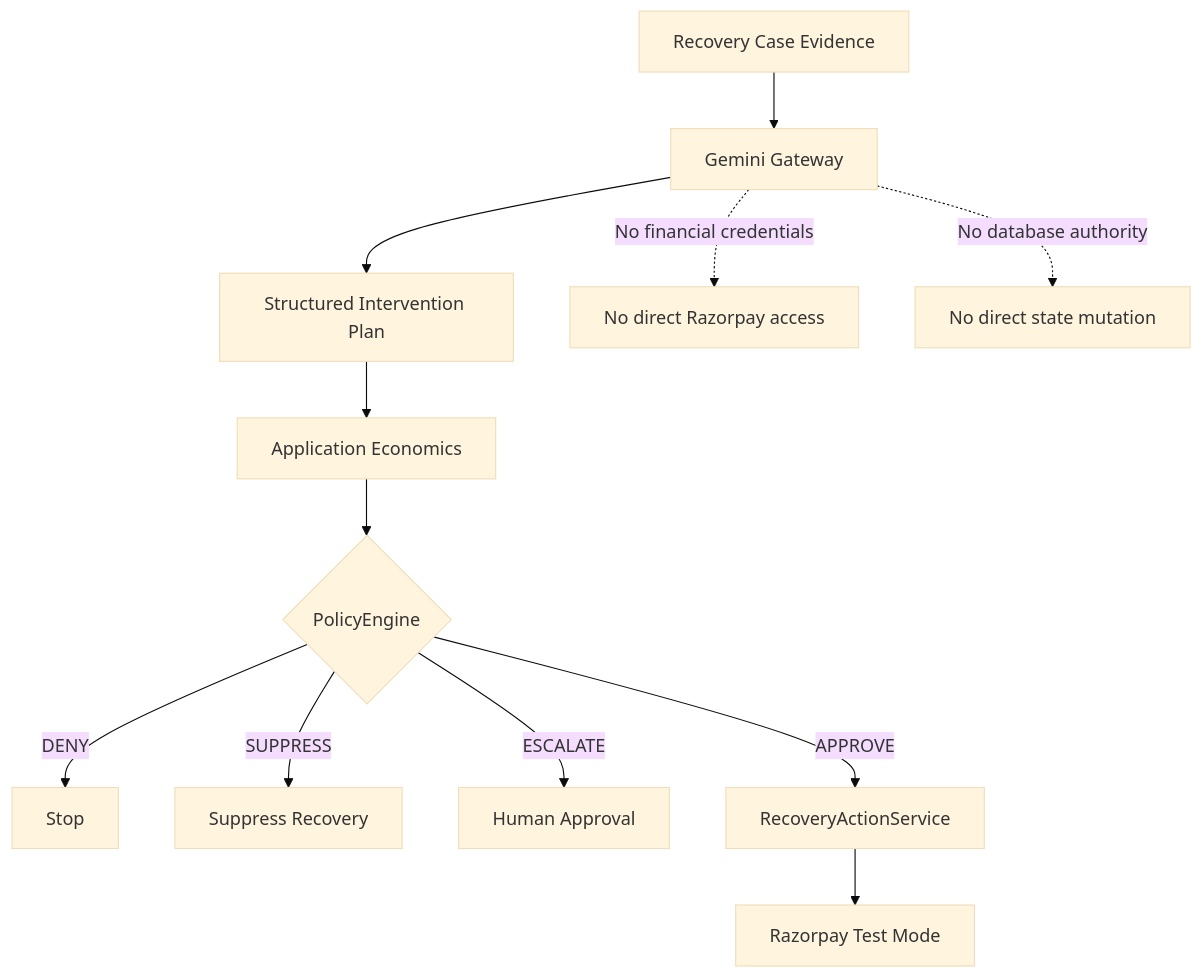
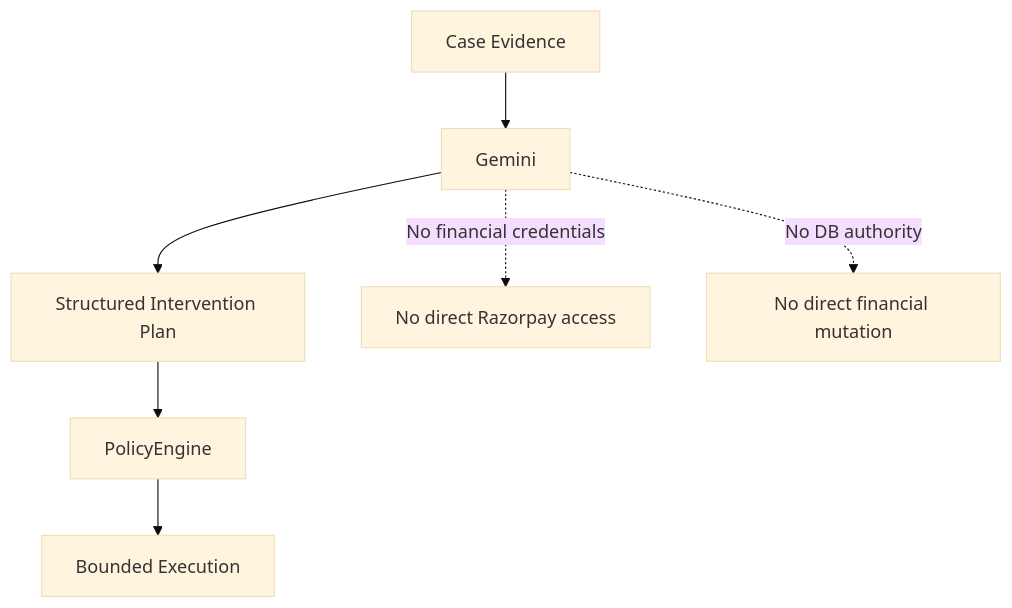
Before and after one commit to manas0615/RecoverAI: the second of 4 diagrams in README.md, drawn with Mermaid (base theme). The commit also changed other lines of this file, not shown here.

````diff
--- a/README.md
+++ b/README.md
@@ -117,18 +111,10 @@
 ```mermaid
 flowchart TD
-    A[Recovery Case Evidence] --> B[Gemini Gateway]
-    B --> C[Structured Intervention Plan]
+    EVIDENCE[Case Evidence] --> GEMINI[Gemini]
+    GEMINI --> PLAN[Structured Intervention Plan]
+    PLAN --> POLICY[PolicyEngine]
+    POLICY --> EXEC[Bounded Execution]
 
-    C --> D[Application Economics]
-    D --> E{PolicyEngine}
-
-    E -->|DENY| F[Stop]
-    E -->|SUPPRESS| G[Suppress Recovery]
-    E -->|ESCALATE| H[Human Approval]
-    E -->|APPROVE| I[RecoveryActionService]
-
-    I --> J[Razorpay Test Mode]
-
-    B -. "No financial credentials" .-> X[No direct Razorpay access]
-    B -. "No database authority" .-> Y[No direct state mutation]
+    GEMINI -. "No financial credentials" .-> RZ[No direct Razorpay access]
+    GEMINI -. "No DB authority" .-> DB[No direct financial mutation]
 ```
````
